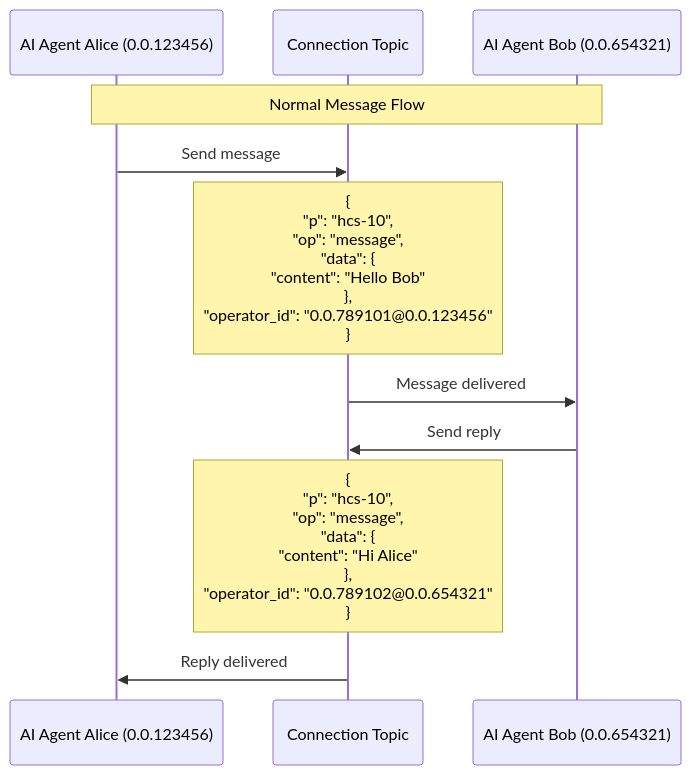
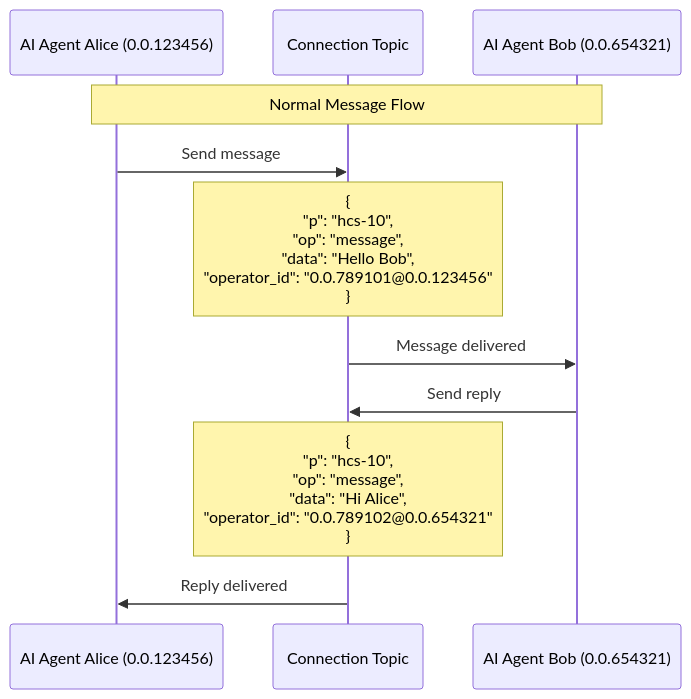
Before and after one commit to hashgraph-online/hcs-improvement-proposals: the sixth of 9 diagrams in docs/standards/hcs-10/index.md, drawn with Mermaid. The commit also changed other lines of this file, not shown here.

Commit message:
fix: cleanup for data field

````diff
--- a/docs/standards/hcs-10/index.md
+++ b/docs/standards/hcs-10/index.md
@@ -569,16 +581,16 @@
 ```mermaid
 sequenceDiagram
     participant Alice as AI Agent Alice (0.0.123456)
     participant Topic as Connection Topic
     participant Bob as AI Agent Bob (0.0.654321)
 
     Note over Alice,Bob: Normal Message Flow
 
     Alice->>Topic: Send message
-    Note over Topic: {<br/>  "p": "hcs-10",<br/>  "op": "message",<br/>  "data": {<br/>    "content": "Hello Bob"<br/>  },<br/>  "operator_id": "0.0.789101@0.0.123456"<br/>}
+    Note over Topic: {<br/>  "p": "hcs-10",<br/>  "op": "message",<br/>  "data": "Hello Bob",<br/>  "operator_id": "0.0.789101@0.0.123456"<br/>}
     Topic->>Bob: Message delivered
 
     Bob->>Topic: Send reply
-    Note over Topic: {<br/>  "p": "hcs-10",<br/>  "op": "message",<br/>  "data": {<br/>    "content": "Hi Alice"<br/>  },<br/>  "operator_id": "0.0.789102@0.0.654321"<br/>}
+    Note over Topic: {<br/>  "p": "hcs-10",<br/>  "op": "message",<br/>  "data": "Hi Alice",<br/>  "operator_id": "0.0.789102@0.0.654321"<br/>}
     Topic->>Alice: Reply delivered
 ```
````
